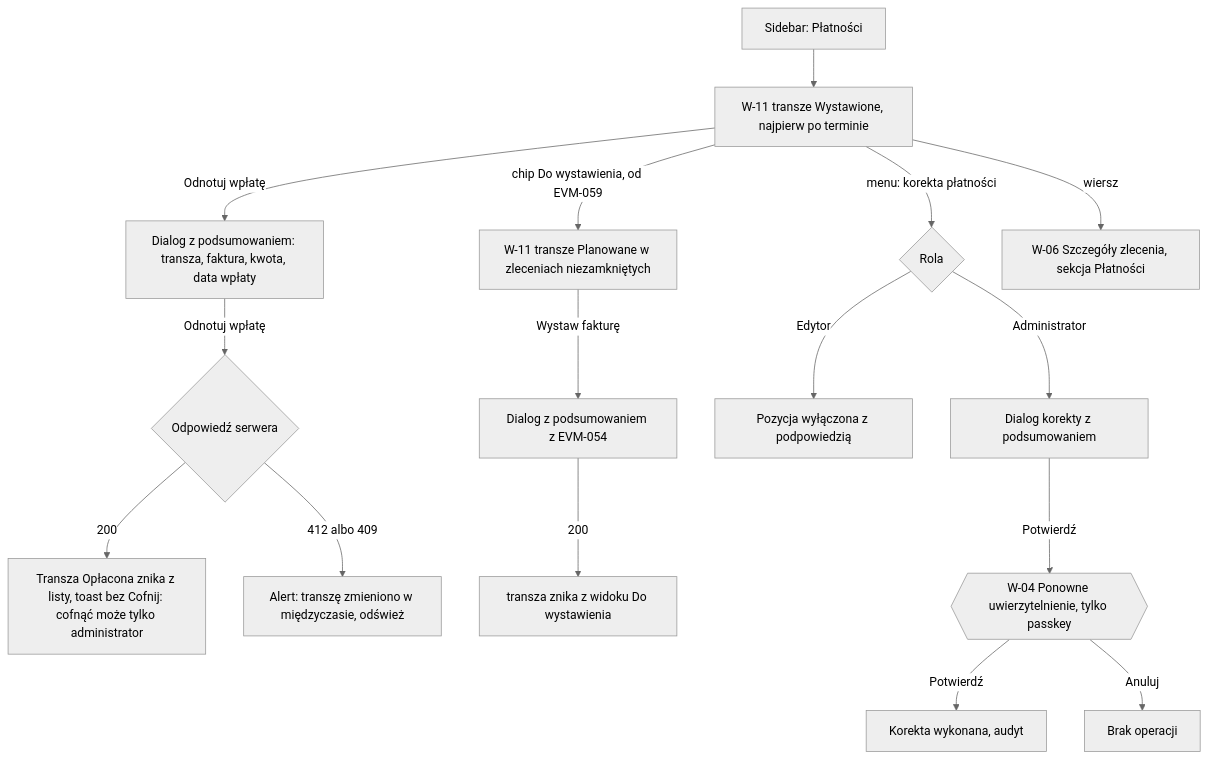
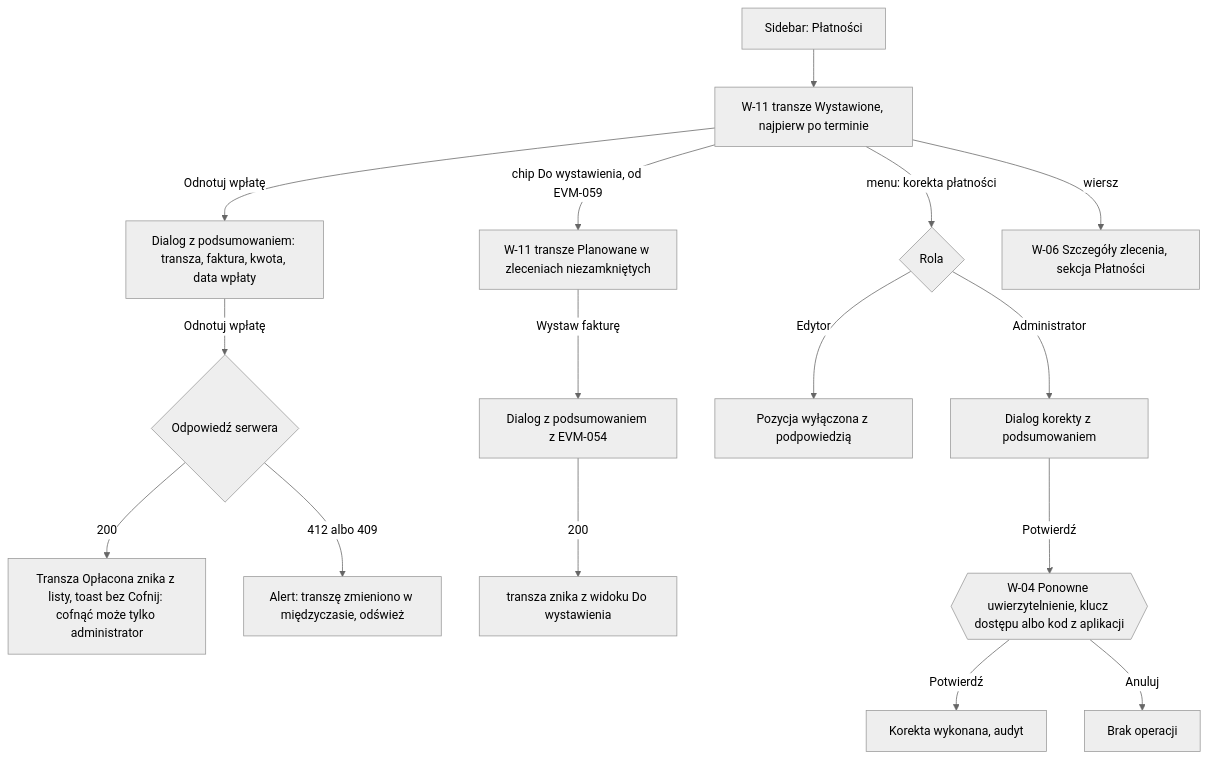
One commit to konradkluz/evia-manager changed the diagram in docs/ux/flows/08-nieoplacone.md. Above: the diagram before and after it, drawn with Mermaid (neutral theme). The commit also changed other lines of this file and 122 other files, not shown here.

````diff
--- a/docs/ux/flows/08-nieoplacone.md
+++ b/docs/ux/flows/08-nieoplacone.md
@@ -7,18 +7,18 @@
 ```mermaid
 flowchart TD
   A["Sidebar: Płatności"] --> B["W-11 transze Wystawione, najpierw po terminie"]
   B -->|"Odnotuj wpłatę"| C["Dialog z podsumowaniem: transza, faktura, kwota, data wpłaty"]
   C -->|"Odnotuj wpłatę"| D{"Odpowiedź serwera"}
   D -->|"200"| E["Transza Opłacona znika z listy, toast bez Cofnij: cofnąć może tylko administrator"]
   D -->|"412 albo 409"| F["Alert: transzę zmieniono w międzyczasie, odśwież"]
   B -->|"chip Do wystawienia, od EVM-059"| DW["W-11 transze Planowane w zleceniach niezamkniętych"]
   DW -->|"Wystaw fakturę"| WF["Dialog z podsumowaniem z EVM-054"]
   WF -->|"200"| DW2["transza znika z widoku Do wystawienia"]
   B -->|"menu: korekta płatności"| G{"Rola"}
   G -->|"Edytor"| H["Pozycja wyłączona z podpowiedzią"]
   G -->|"Administrator"| I["Dialog korekty z podsumowaniem"]
-  I -->|"Potwierdź"| J{{"W-04 Ponowne uwierzytelnienie, tylko passkey"}}
+  I -->|"Potwierdź"| J{{"W-04 Ponowne uwierzytelnienie, klucz dostępu albo kod z aplikacji"}}
   J -->|"Potwierdź"| K["Korekta wykonana, audyt"]
   J -->|"Anuluj"| L["Brak operacji"]
   B -->|"wiersz"| W6["W-06 Szczegóły zlecenia, sekcja Płatności"]
 ```
````
